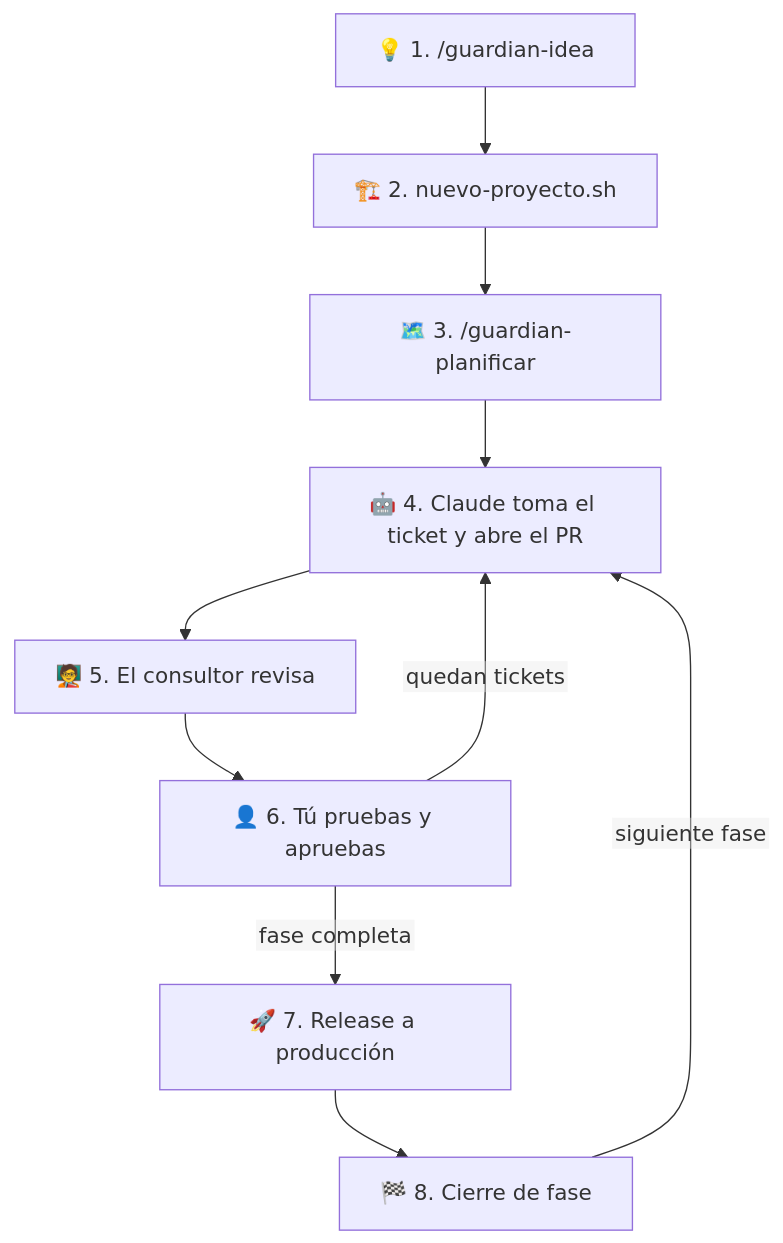
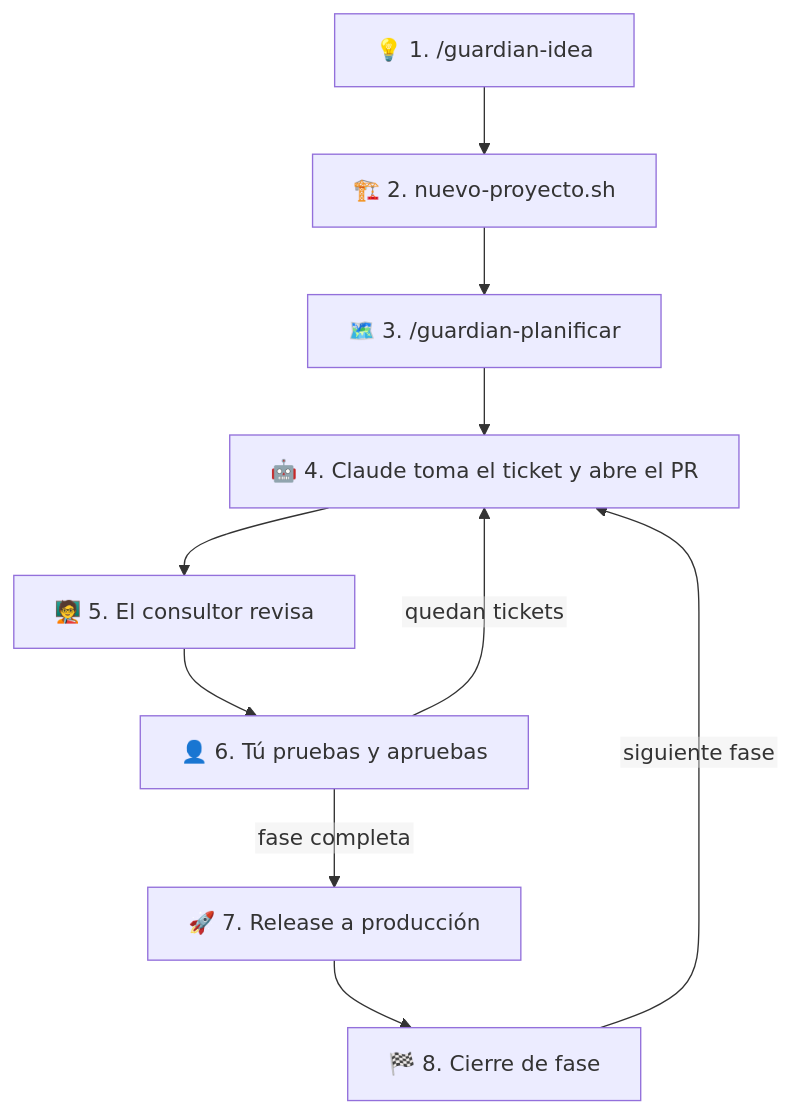
One commit to jjhoncv/guardian changed the diagram in README.md. Above: the diagram before and after it, drawn with Mermaid.

Commit message:
feat(#155): diagrama del README con wrappingWidth para que no se corte

````diff
--- a/README.md
+++ b/README.md
@@ -38,13 +38,13 @@
 ```mermaid
-%%{init: {"flowchart": {"htmlLabels": false}}}%%
+%%{init: {"flowchart": {"htmlLabels": false, "wrappingWidth": 400}}}%%
 flowchart TD
     A["💡 1. /guardian-idea"] --> B["🏗️ 2. nuevo-proyecto.sh"]
     B --> C["🗺️ 3. /guardian-planificar"]
     C --> D["🤖 4. Claude toma el ticket y abre el PR"]
     D --> E["🧑‍🏫 5. El consultor revisa"]
     E --> F["👤 6. Tú pruebas y apruebas"]
     F -->|quedan tickets| D
     F -->|fase completa| G["🚀 7. Release a producción"]
     G --> H["🏁 8. Cierre de fase"]
     H -->|siguiente fase| D
 ```
````
